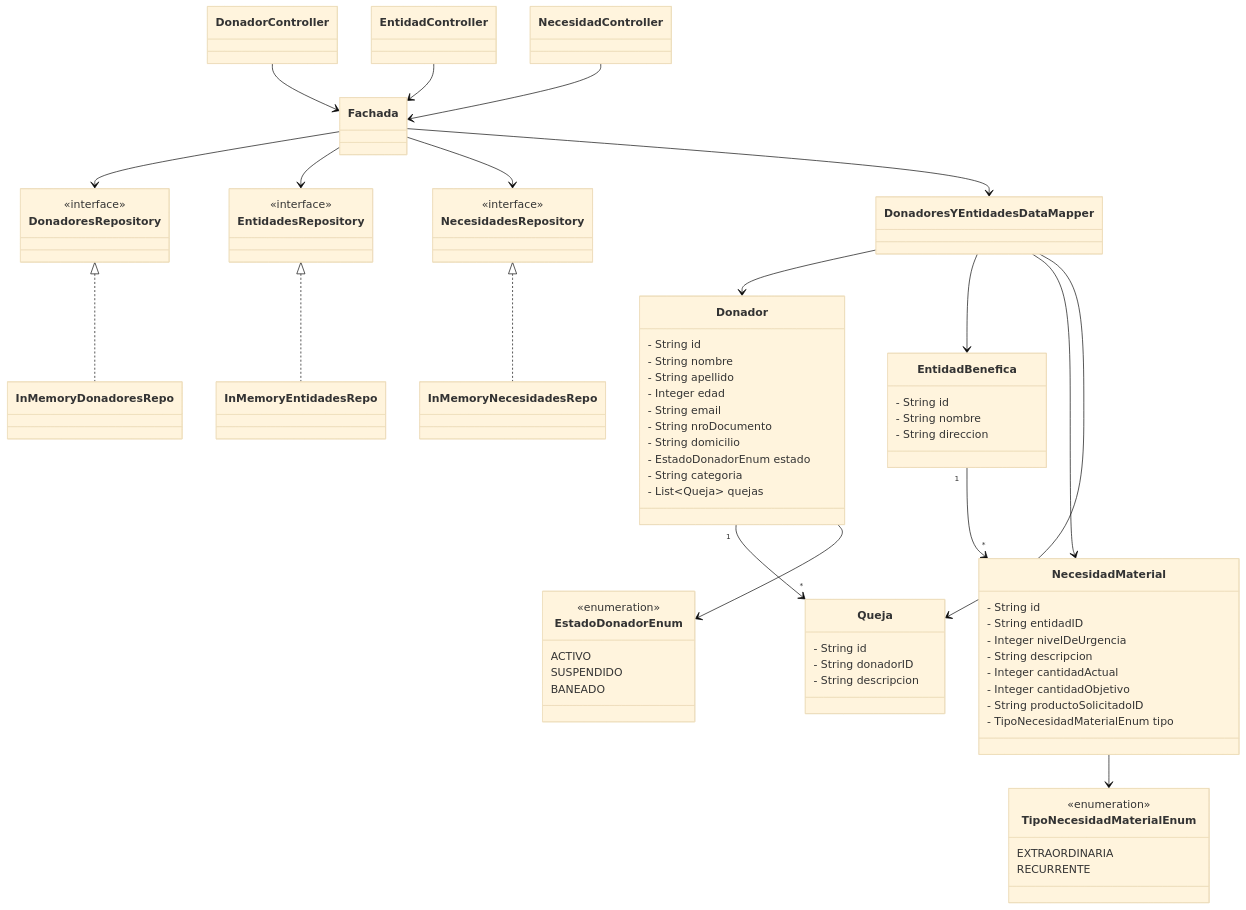
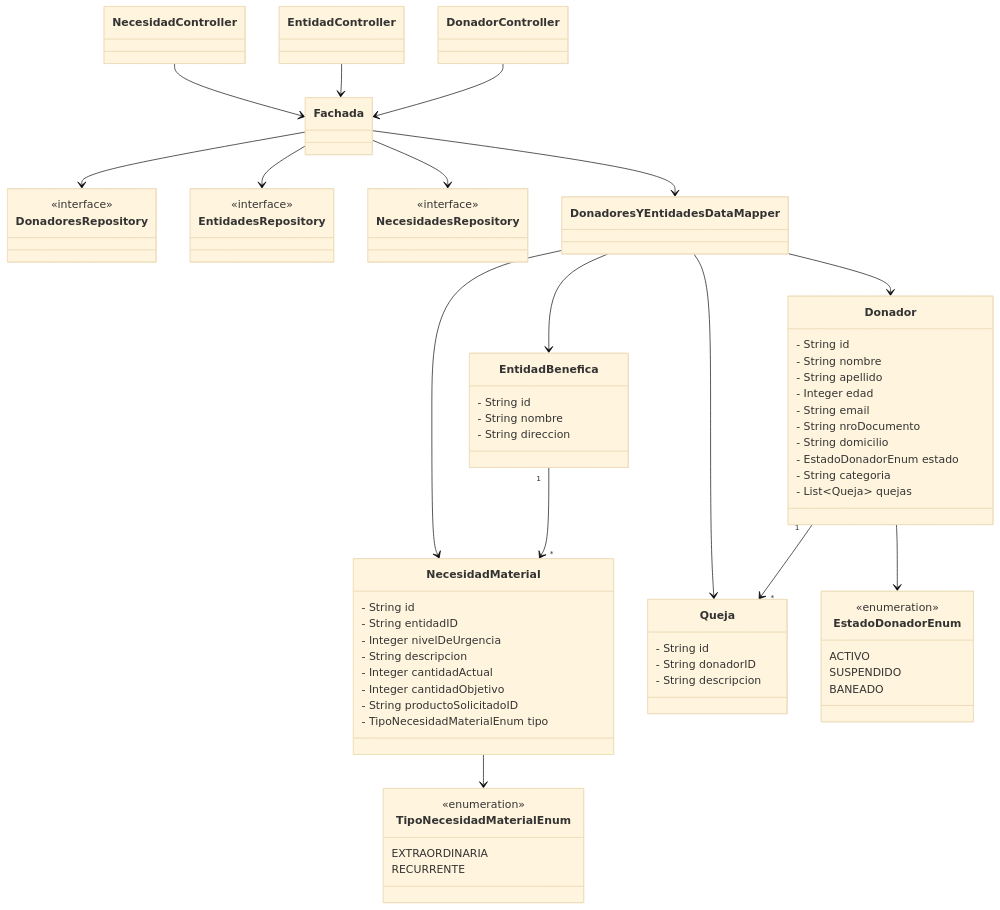
One commit to 2026-ddsi-tpa-El-stack-de-mama/Donadores-y-Entidades changed the diagram in docs/clases.md. Above: the diagram before and after it, drawn with Mermaid (base theme).

Commit message:
actualizo diagrama de clases

```diff
--- a/docs/clases.md
+++ b/docs/clases.md
@@ -64,9 +64,6 @@
   <<interface>>
 }
 
-class InMemoryDonadoresRepo
-class InMemoryEntidadesRepo
-class InMemoryNecesidadesRepo
 
 class DonadoresYEntidadesDataMapper
 
@@ -76,9 +73,6 @@
 class EntidadController
 class NecesidadController
 
-DonadoresRepository <|.. InMemoryDonadoresRepo
-EntidadesRepository <|.. InMemoryEntidadesRepo
-NecesidadesRepository <|.. InMemoryNecesidadesRepo
 
 Donador "1" --> "*" Queja
 EntidadBenefica "1" --> "*" NecesidadMaterial
```
